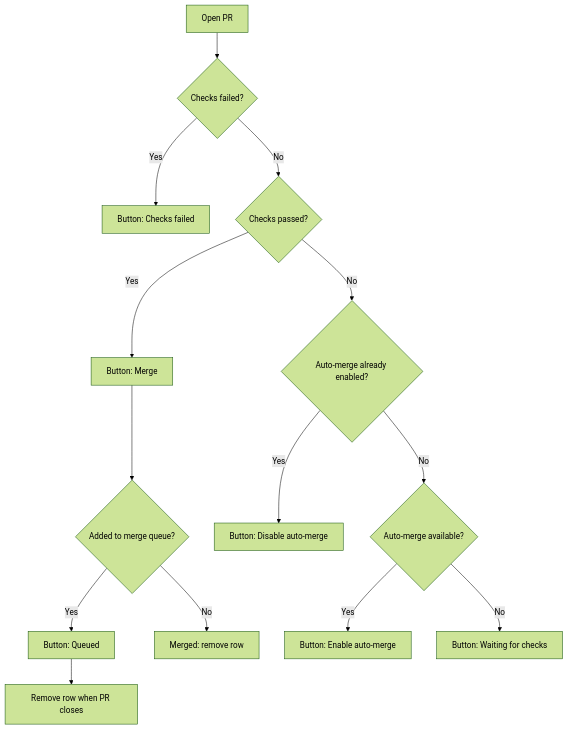
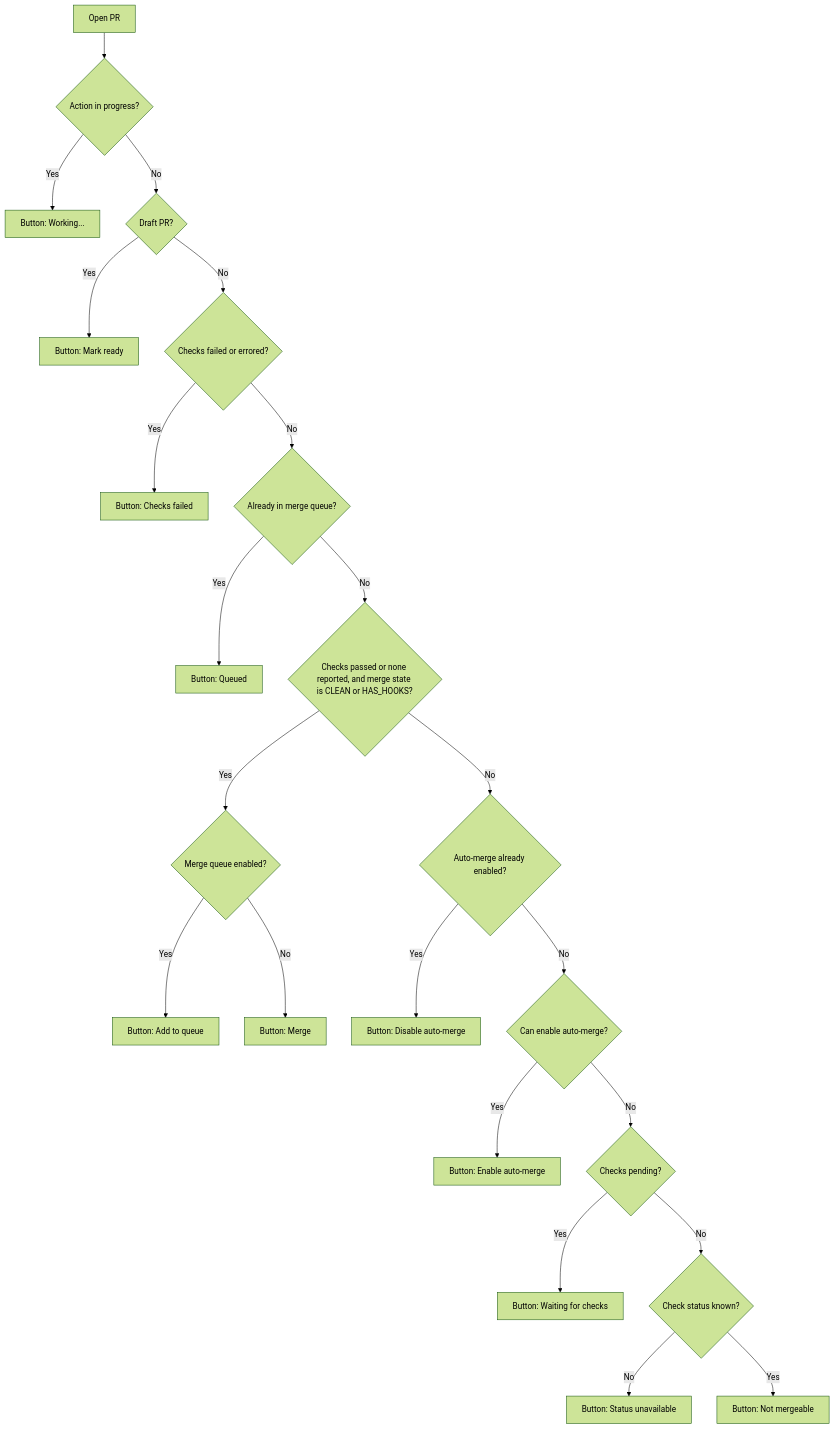
The diagram in docs/merge-button-flow.md (ilstar/github-panel), drawn with Mermaid (forest theme) before and after one commit. The commit also changed other lines of this file, not shown here.

Commit message:
Document PR action button flow

````diff
--- a/docs/merge-button-flow.md
+++ b/docs/merge-button-flow.md
@@ -7,19 +7,24 @@
 ```mermaid
 flowchart TD
-    pr["Open PR"] --> failed{"Checks failed?"}
+    pr["Open PR"] --> working{"Action in progress?"}
+    working -- "Yes" --> workingButton["Button: Working..."]
+    working -- "No" --> draft{"Draft PR?"}
+    draft -- "Yes" --> markReady["Button: Mark ready"]
+    draft -- "No" --> failed{"Checks failed or errored?"}
     failed -- "Yes" --> checksFailed["Button: Checks failed"]
-
-    failed -- "No" --> passed{"Checks passed?"}
-    passed -- "Yes" --> merge["Button: Merge"]
-    merge --> queueCheck{"Added to merge queue?"}
-    queueCheck -- "Yes" --> queued["Button: Queued"]
-    queueCheck -- "No" --> merged["Merged: remove row"]
-    queued --> mergedWhenClosed["Remove row when PR closes"]
-
-    passed -- "No" --> autoOn{"Auto-merge already enabled?"}
+    failed -- "No" --> queuedCheck{"Already in merge queue?"}
+    queuedCheck -- "Yes" --> queued["Button: Queued"]
+    queuedCheck -- "No" --> mergeable{"Checks passed or none reported, and merge state is CLEAN or HAS_HOOKS?"}
+    mergeable -- "Yes" --> queueEnabled{"Merge queue enabled?"}
+    queueEnabled -- "Yes" --> enqueue["Button: Add to queue"]
+    queueEnabled -- "No" --> merge["Button: Merge"]
+    mergeable -- "No" --> autoOn{"Auto-merge already enabled?"}
     autoOn -- "Yes" --> disable["Button: Disable auto-merge"]
-
-    autoOn -- "No" --> autoAvailable{"Auto-merge available?"}
+    autoOn -- "No" --> autoAvailable{"Can enable auto-merge?"}
     autoAvailable -- "Yes" --> enable["Button: Enable auto-merge"]
-    autoAvailable -- "No" --> waiting["Button: Waiting for checks"]
+    autoAvailable -- "No" --> pending{"Checks pending?"}
+    pending -- "Yes" --> waiting["Button: Waiting for checks"]
+    pending -- "No" --> known{"Check status known?"}
+    known -- "No" --> unavailable["Button: Status unavailable"]
+    known -- "Yes" --> blocked["Button: Not mergeable"]
 ```
````
